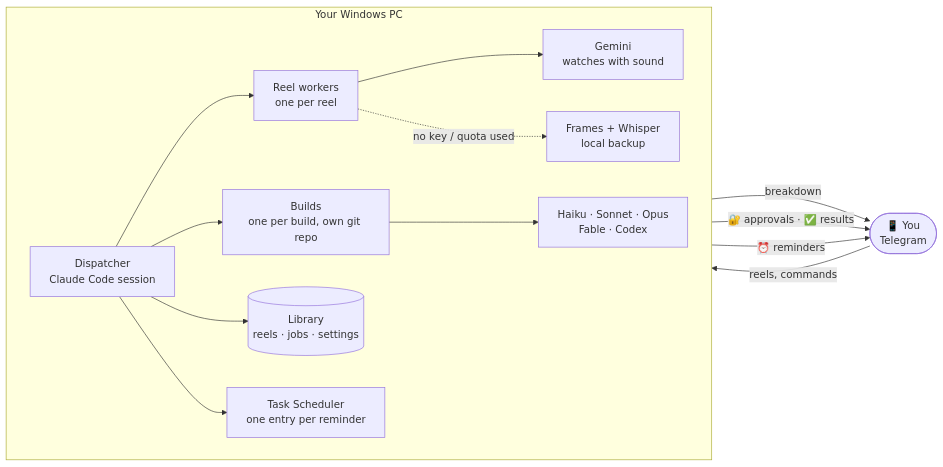
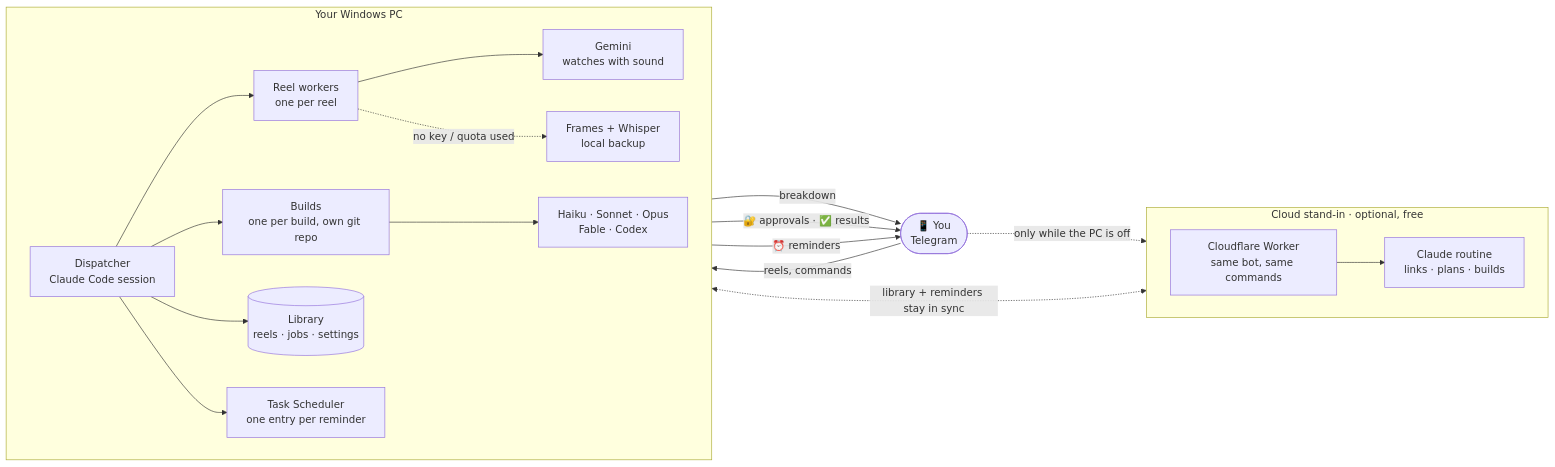
One commit to HNF-FRN/Reel-watcher-telegram-Agent changed the first of 3 diagrams in README.md. Above: the diagram before and after it, drawn with Mermaid. The commit also changed other lines of this file and 10 other files, not shown here.

````diff
--- a/README.md
+++ b/README.md
@@ -83,29 +86,38 @@
 ```mermaid
 flowchart LR
     phone(["📱 You<br/>Telegram"])
 
     subgraph pc["Your Windows PC"]
         direction LR
         bot["Dispatcher<br/>Claude Code session"]
         watch["Reel workers<br/>one per reel"]
         build["Builds<br/>one per build, own git repo"]
         lib[("Library<br/>reels · jobs · settings")]
         rem["Task Scheduler<br/>one entry per reminder"]
         gem["Gemini<br/>watches with sound"]
         local["Frames + Whisper<br/>local backup"]
         models["Haiku · Sonnet · Opus<br/>Fable · Codex"]
 
         bot --> watch
         bot --> build
         bot --> lib
         bot --> rem
         watch --> gem
         watch -. "no key / quota used" .-> local
         build --> models
     end
 
+    subgraph cloud["Cloud stand-in · optional, free"]
+        direction LR
+        worker["Cloudflare Worker<br/>same bot, same commands"]
+        routine["Claude routine<br/>links · plans · builds"]
+        worker --> routine
+    end
+
     phone -- "reels, commands" --> bot
     watch -- "breakdown" --> phone
     build -- "🔐 approvals · ✅ results" --> phone
     rem -- "⏰ reminders" --> phone
+    phone -. "only while the PC is off" .-> worker
+    lib <-. "library + reminders stay in sync" .-> worker
 ```
````
